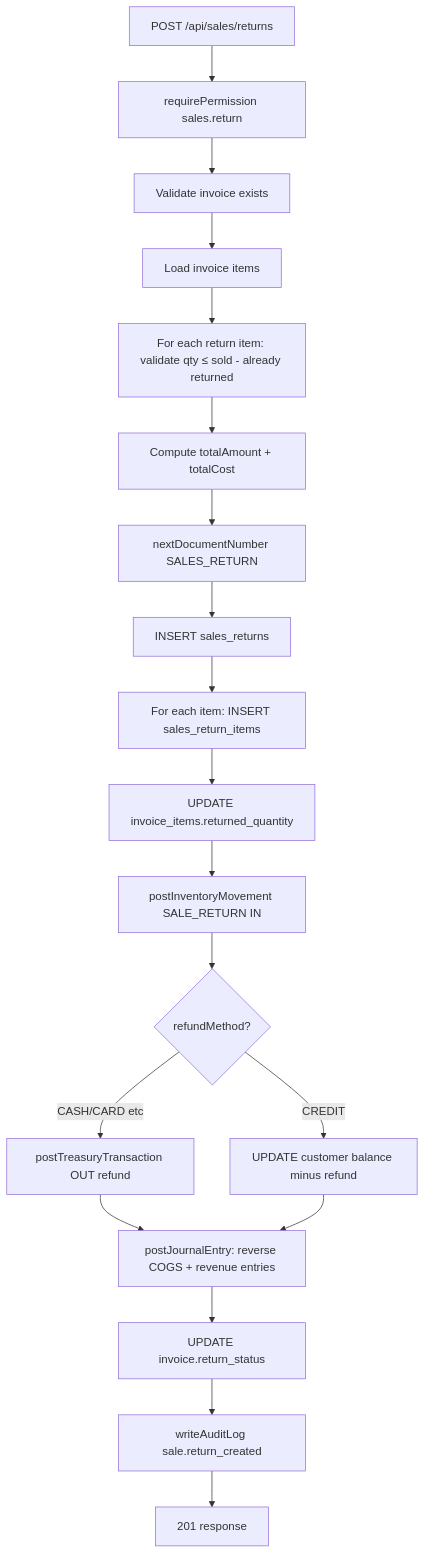
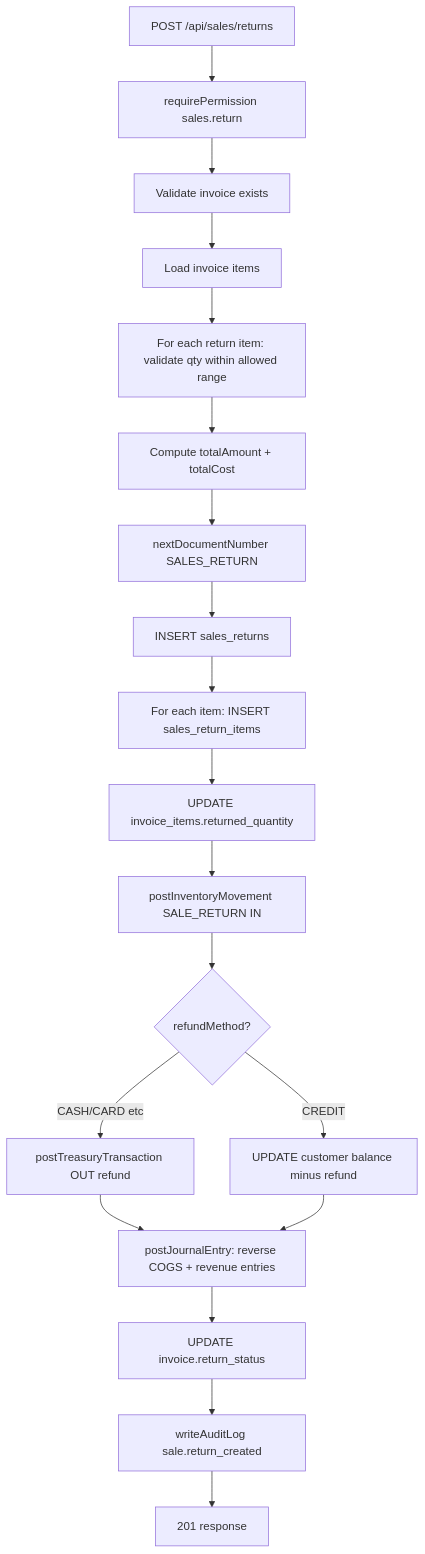
Before and after one commit to alydesouki/ERP: the sixth of 11 diagrams in documentation/Code-Flow.md, drawn with Mermaid. The commit also changed other lines of this file and 10 other files, not shown here.

````diff
--- a/documentation/Code-Flow.md
+++ b/documentation/Code-Flow.md
@@ -163,21 +164,21 @@
 ```mermaid
 flowchart TD
     A[POST /api/sales/returns] --> B[requirePermission sales.return]
     B --> C[Validate invoice exists]
     C --> D[Load invoice items]
-    D --> E[For each return item: validate qty ≤ sold - already returned]
+    D --> E[For each return item: validate qty within allowed range]
     E --> F[Compute totalAmount + totalCost]
     F --> G[nextDocumentNumber SALES_RETURN]
     G --> H[INSERT sales_returns]
     H --> I[For each item: INSERT sales_return_items]
     I --> J[UPDATE invoice_items.returned_quantity]
     J --> K[postInventoryMovement SALE_RETURN IN]
     K --> L{refundMethod?}
     L -->|CASH/CARD etc| M[postTreasuryTransaction OUT refund]
     L -->|CREDIT| N[UPDATE customer balance minus refund]
     M --> O[postJournalEntry: reverse COGS + revenue entries]
     N --> O
     O --> P[UPDATE invoice.return_status]
     P --> Q[writeAuditLog sale.return_created]
     Q --> R[201 response]
 ```
````
